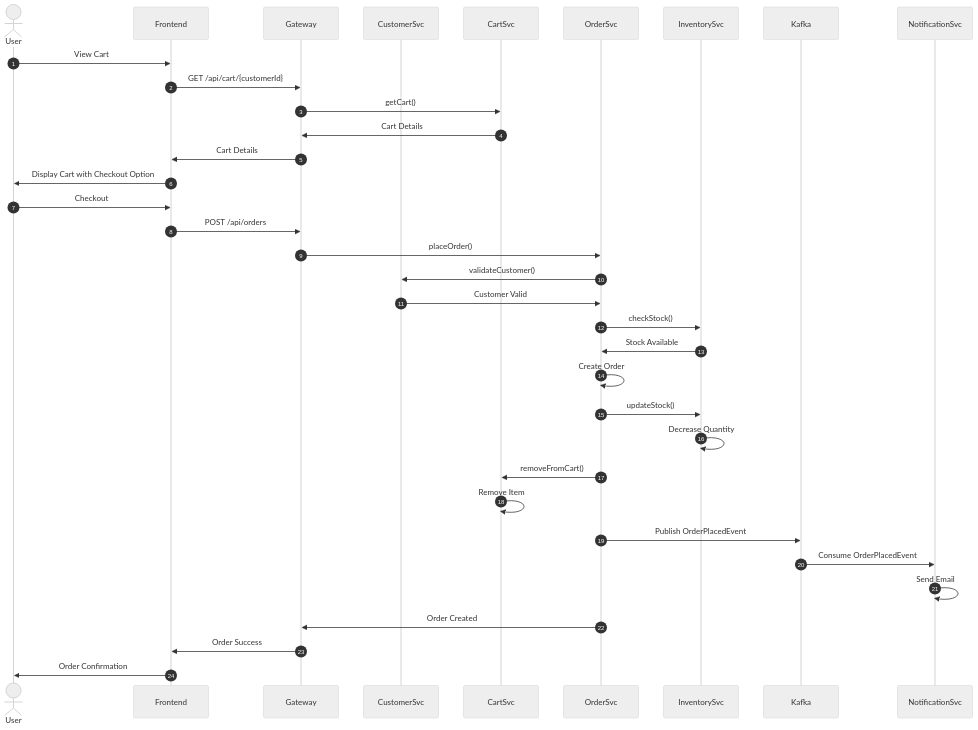
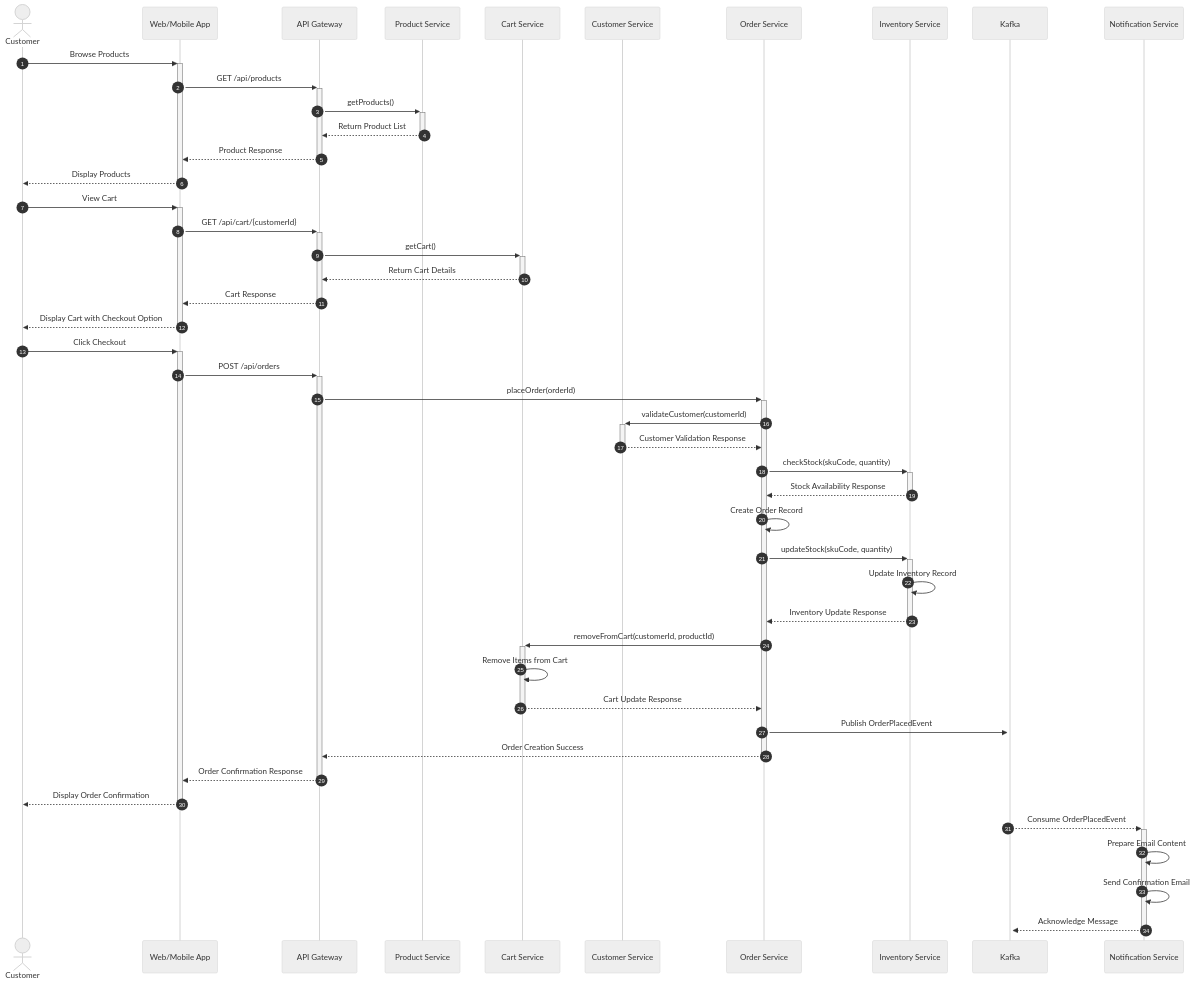
One commit to CongHuaan/linhtinh changed the second of 2 diagrams in test.md. Above: the diagram before and after it, drawn with Mermaid (neutral theme). The commit also changed other lines of this file, not shown here.

````diff
--- a/test.md
+++ b/test.md
@@ -142,58 +151,65 @@
 ```mermaid
 sequenceDiagram
     autonumber
-
-    actor User
-    participant Frontend
-    participant Gateway
-    participant CustomerSvc
-    participant CartSvc
-    participant OrderSvc
-    participant InventorySvc
-    participant Kafka
-    participant NotificationSvc
-
-    %% === View Cart and Checkout ===
-    User ->> Frontend: View Cart
-    Frontend ->> Gateway: GET /api/cart/{customerId}
-    Gateway ->> CartSvc: getCart()
-    CartSvc ->> Gateway: Cart Details
-    Gateway ->> Frontend: Cart Details
-    Frontend ->> User: Display Cart with Checkout Option
-
-    %% === Place Order ===
-    User ->> Frontend: Checkout
-    Frontend ->> Gateway: POST /api/orders
-    Gateway ->> OrderSvc: placeOrder()
     
-    %% === Verify Customer ===
-    OrderSvc ->> CustomerSvc: validateCustomer()
-    CustomerSvc ->> OrderSvc: Customer Valid
+    actor Customer as Customer
+    participant Frontend as Web/Mobile App
+    participant Gateway as API Gateway
+    participant ProductSvc as Product Service
+    participant CartSvc as Cart Service
+    participant CustomerSvc as Customer Service
+    participant OrderSvc as Order Service
+    participant InventorySvc as Inventory Service
+    participant Kafka as Kafka
+    participant NotificationSvc as Notification Service
     
-    %% === Check Inventory ===
-    OrderSvc ->> InventorySvc: checkStock()
-    InventorySvc ->> OrderSvc: Stock Available
+    %% Browse Products Sequence
+    Customer->>+Frontend: Browse Products
+    Frontend->>+Gateway: GET /api/products
+    Gateway->>+ProductSvc: getProducts()
+    ProductSvc-->>-Gateway: Return Product List
+    Gateway-->>-Frontend: Product Response
+    Frontend-->>-Customer: Display Products
     
-    %% === Create Order ===
-    OrderSvc ->> OrderSvc: Create Order
+    %% View Cart Sequence
+    Customer->>+Frontend: View Cart
+    Frontend->>+Gateway: GET /api/cart/{customerId}
+    Gateway->>+CartSvc: getCart()
+    CartSvc-->>-Gateway: Return Cart Details
+    Gateway-->>-Frontend: Cart Response
+    Frontend-->>-Customer: Display Cart with Checkout Option
     
-    %% === Update Inventory ===
-    OrderSvc ->> InventorySvc: updateStock()
-    InventorySvc ->> InventorySvc: Decrease Quantity
+    %% Checkout Sequence
+    Customer->>+Frontend: Click Checkout
+    Frontend->>+Gateway: POST /api/orders
+    Gateway->>+OrderSvc: placeOrder(orderId)
     
-    %% === Remove from Cart ===
-    OrderSvc ->> CartSvc: removeFromCart()
-    CartSvc ->> CartSvc: Remove Item
+    %% Order Service Internal Processing
+    OrderSvc->>+CustomerSvc: validateCustomer(customerId)
+    CustomerSvc-->>-OrderSvc: Customer Validation Response
     
-    %% === Send Order Event ===
-    OrderSvc ->> Kafka: Publish OrderPlacedEvent
+    OrderSvc->>+InventorySvc: checkStock(skuCode, quantity)
+    InventorySvc-->>-OrderSvc: Stock Availability Response
     
-    %% === Process Notification ===
-    Kafka ->> NotificationSvc: Consume OrderPlacedEvent
-    NotificationSvc ->> NotificationSvc: Send Email
+    OrderSvc->>OrderSvc: Create Order Record
     
-    %% === Return Result ===
-    OrderSvc ->> Gateway: Order Created
-    Gateway ->> Frontend: Order Success
-    Frontend ->> User: Order Confirmation
+    OrderSvc->>+InventorySvc: updateStock(skuCode, quantity)
+    InventorySvc->>InventorySvc: Update Inventory Record
+    InventorySvc-->>-OrderSvc: Inventory Update Response
+    
+    OrderSvc->>+CartSvc: removeFromCart(customerId, productId)
+    CartSvc->>CartSvc: Remove Items from Cart
+    CartSvc-->>-OrderSvc: Cart Update Response
+    
+    %% Asynchronous Event Publishing
+    OrderSvc->>+Kafka: Publish OrderPlacedEvent
+    OrderSvc-->>-Gateway: Order Creation Success
+    Gateway-->>-Frontend: Order Confirmation Response
+    Frontend-->>-Customer: Display Order Confirmation
+    
+    %% Asynchronous Event Processing
+    Kafka-->>+NotificationSvc: Consume OrderPlacedEvent
+    NotificationSvc->>NotificationSvc: Prepare Email Content
+    NotificationSvc->>NotificationSvc: Send Confirmation Email
+    NotificationSvc-->>-Kafka: Acknowledge Message
 ```
````
